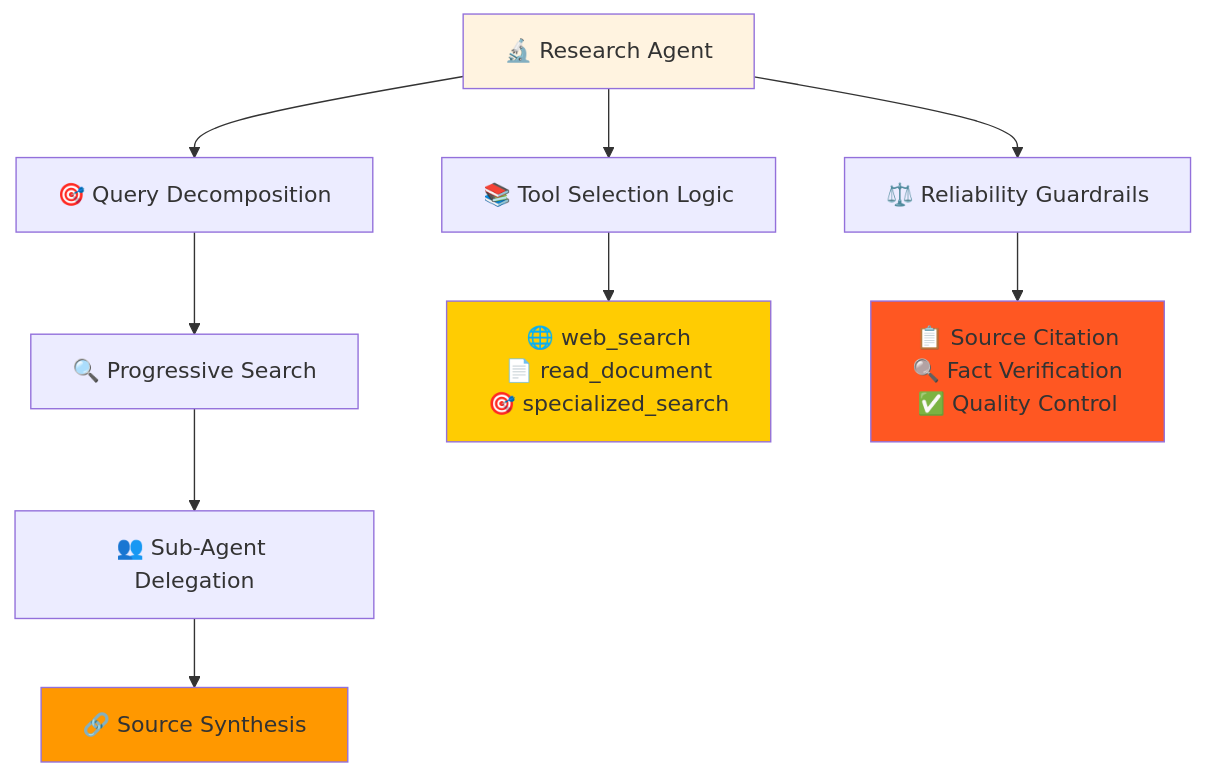
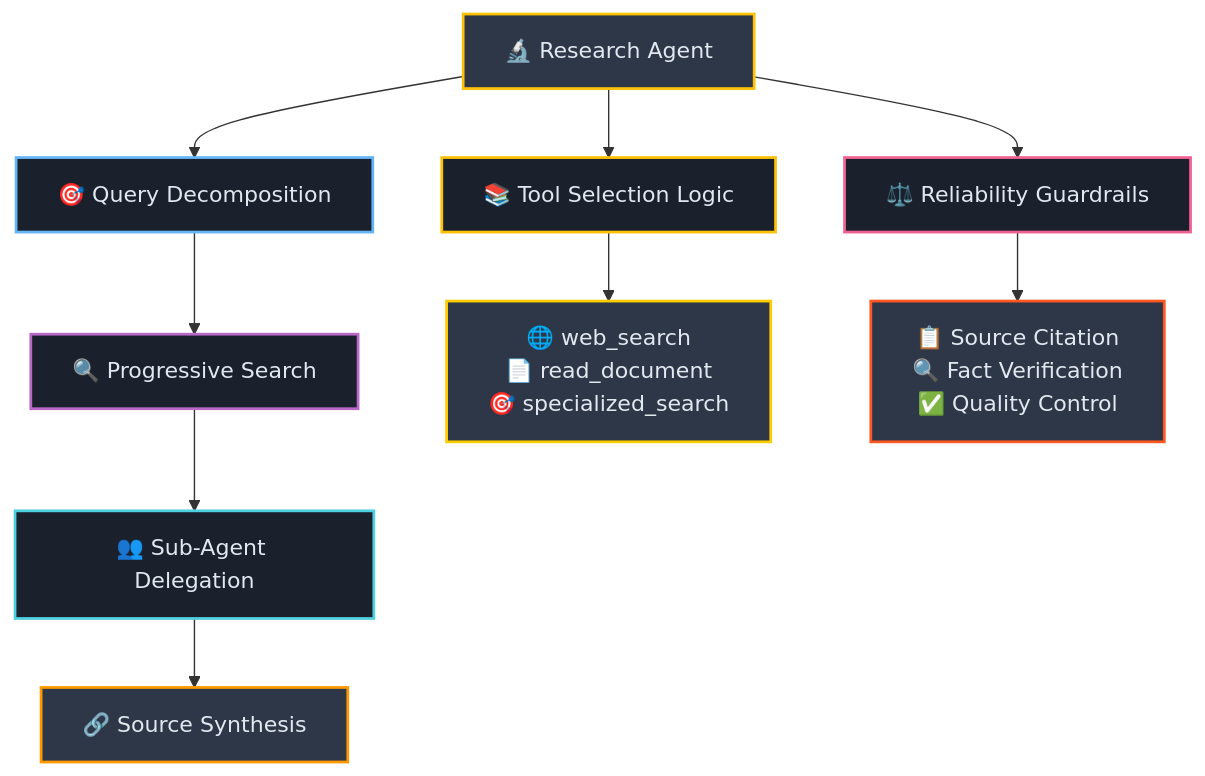
Before and after one commit to josemlopez/prompt_tutorial: the third of 9 diagrams in Part_II_Section_8_Case_Studies_Deconstructing_Real-World_Agent_Prompts.md, drawn with Mermaid. The commit also changed other lines of this file and 7 other files, not shown here.

````diff
--- a/Part_II_Section_8_Case_Studies_Deconstructing_Real-World_Agent_Prompts.md
+++ b/Part_II_Section_8_Case_Studies_Deconstructing_Real-World_Agent_Prompts.md
@@ -136,18 +143,23 @@
 ```mermaid
 graph TD
-    A[🔬 Research Agent] --> B[🎯 Query Decomposition]
-    B --> C[🔍 Progressive Search]
-    C --> D[👥 Sub-Agent Delegation]
-    D --> E[🔗 Source Synthesis]
-    
-    A --> F[📚 Tool Selection Logic]
-    F --> G[🌐 web_search<br/>📄 read_document<br/>🎯 specialized_search]
-    
-    A --> H[⚖️ Reliability Guardrails]
-    H --> I[📋 Source Citation<br/>🔍 Fact Verification<br/>✅ Quality Control]
-    
-    style A fill:#fff3e0
-    style E fill:#ff9800
-    style G fill:#ffcc02
-    style I fill:#ff5722
+   A[🔬 Research Agent] --> B[🎯 Query Decomposition]
+   B --> C[🔍 Progressive Search]
+   C --> D[👥 Sub-Agent Delegation]
+   D --> E[🔗 Source Synthesis]
+   
+   A --> F[📚 Tool Selection Logic]
+   F --> G[🌐 web_search<br/>📄 read_document<br/>🎯 specialized_search]
+   
+   A --> H[⚖️ Reliability Guardrails]
+   H --> I[📋 Source Citation<br/>🔍 Fact Verification<br/>✅ Quality Control]
+   
+   style A fill:#2d3748,stroke:#ffc107,stroke-width:2px,color:#e2e8f0
+   style B fill:#1a202c,stroke:#64b5f6,stroke-width:2px,color:#e2e8f0
+   style C fill:#1a202c,stroke:#ba68c8,stroke-width:2px,color:#e2e8f0
+   style D fill:#1a202c,stroke:#4dd0e1,stroke-width:2px,color:#e2e8f0
+   style E fill:#2d3748,stroke:#ff9800,stroke-width:2px,color:#e2e8f0
+   style F fill:#1a202c,stroke:#ffc107,stroke-width:2px,color:#e2e8f0
+   style G fill:#2d3748,stroke:#ffcc02,stroke-width:2px,color:#e2e8f0
+   style H fill:#1a202c,stroke:#f06292,stroke-width:2px,color:#e2e8f0
+   style I fill:#2d3748,stroke:#ff5722,stroke-width:2px,color:#e2e8f0
 ```
````
